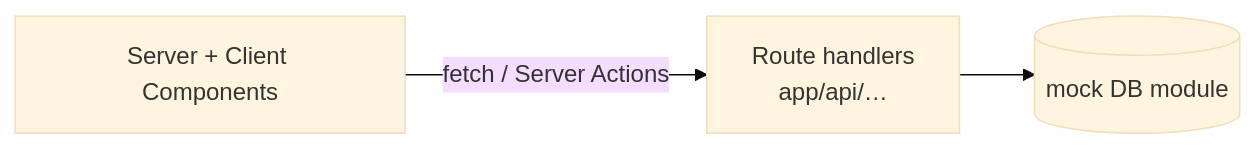
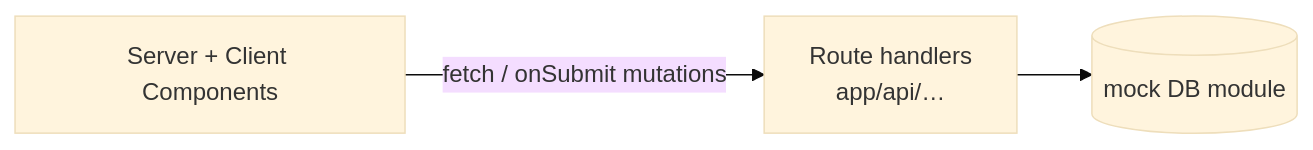
One commit to trungnd-voyager/training changed the third of 3 diagrams in README.md. Above: the diagram before and after it, drawn with Mermaid (base theme). The commit also changed other lines of this file and 34 other files, not shown here.

Commit message:
feat: Add evaluation and flow documentation for E-commerce and Kanban projects

````diff
--- a/README.md
+++ b/README.md
@@ -74,7 +74,7 @@
 ```mermaid
 flowchart LR
     RSC["Server + Client Components"]
     RH["Route handlers<br/>app/api/…"]
     DB[("mock DB module")]
-    RSC -->|fetch / Server Actions| RH --> DB
+    RSC -->|fetch / onSubmit mutations| RH --> DB
 ```
````
